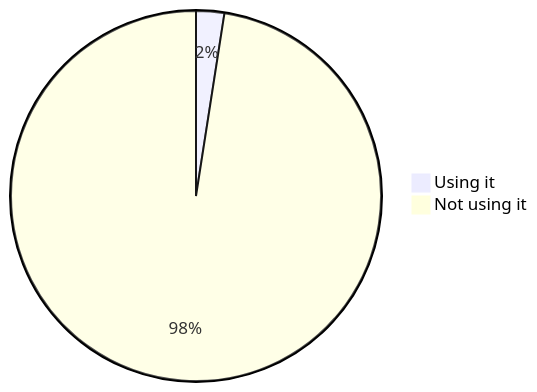
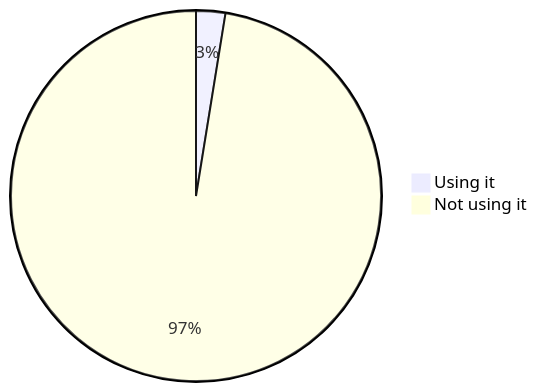
Before and after one commit to oshp/oshp-stats: the seventh of 22 diagrams in stats.md, drawn with Mermaid. The commit also changed other lines of this file, not shown here.

````diff
--- a/stats.md
+++ b/stats.md
@@ -82,6 +82,6 @@
 ```mermaid
 pie
-	"Using it" : 2.46
-	"Not using it" : 97.54
+	"Using it" : 2.55
+	"Not using it" : 97.45
 
 ```
````
